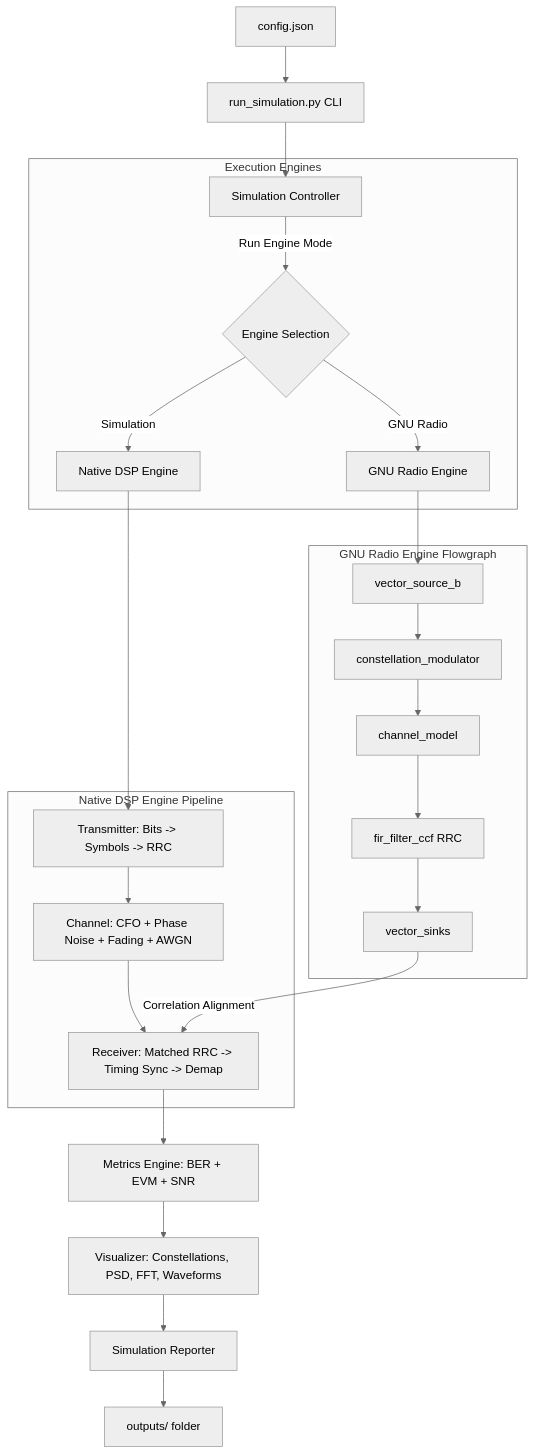
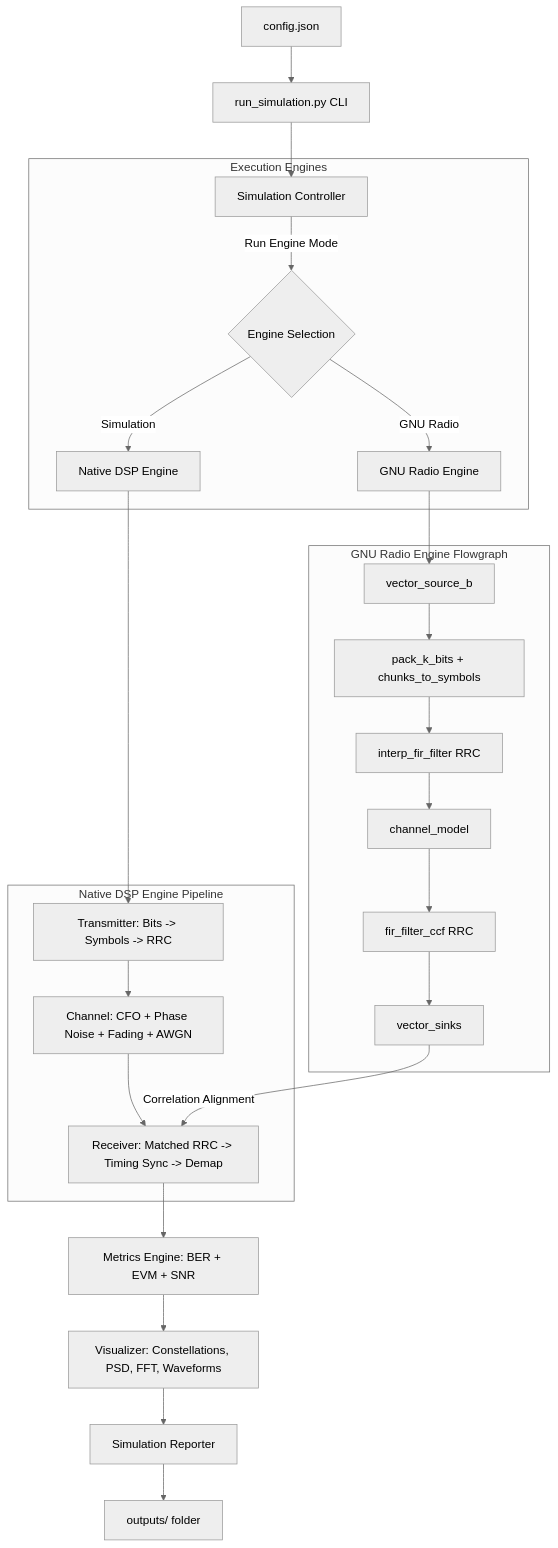
Before and after one commit to AayushMandhar/SDRLab: the diagram in README.md, drawn with Mermaid (neutral theme). The commit also changed other lines of this file, not shown here.

````diff
--- a/README.md
+++ b/README.md
@@ -17,31 +132,32 @@
 ```mermaid
 flowchart TD
     config[config.json] --> CLI[run_simulation.py CLI]
     CLI --> Controller[Simulation Controller]
     
     subgraph Execution Engines
         Controller -->|Run Engine Mode| EngineDecide{Engine Selection}
         EngineDecide -->|Simulation| NativeEngine[Native DSP Engine]
         EngineDecide -->|GNU Radio| GREngine[GNU Radio Engine]
     end
 
     subgraph Native DSP Engine Pipeline
         NativeEngine --> Tx[Transmitter: Bits -> Symbols -> RRC]
         Tx --> Channel[Channel: CFO + Phase Noise + Fading + AWGN]
         Channel --> Rx[Receiver: Matched RRC -> Timing Sync -> Demap]
     end
 
     subgraph GNU Radio Engine Flowgraph
         GREngine --> GR_Src[vector_source_b]
-        GR_Src --> GR_Mod[constellation_modulator]
-        GR_Mod --> GR_Chan[channel_model]
+        GR_Src --> GR_Mod[pack_k_bits + chunks_to_symbols]
+        GR_Mod --> GR_Pulse[interp_fir_filter RRC]
+        GR_Pulse --> GR_Chan[channel_model]
         GR_Chan --> GR_Filter[fir_filter_ccf RRC]
         GR_Filter --> GR_Sinks[vector_sinks]
     end
 
     Rx --> Metrics[Metrics Engine: BER + EVM + SNR]
     GR_Sinks -->|Correlation Alignment| Rx
     Metrics --> Visualizer[Visualizer: Constellations, PSD, FFT, Waveforms]
     Visualizer --> Reports[Simulation Reporter]
     Reports --> Output[outputs/ folder]
 ```
````
